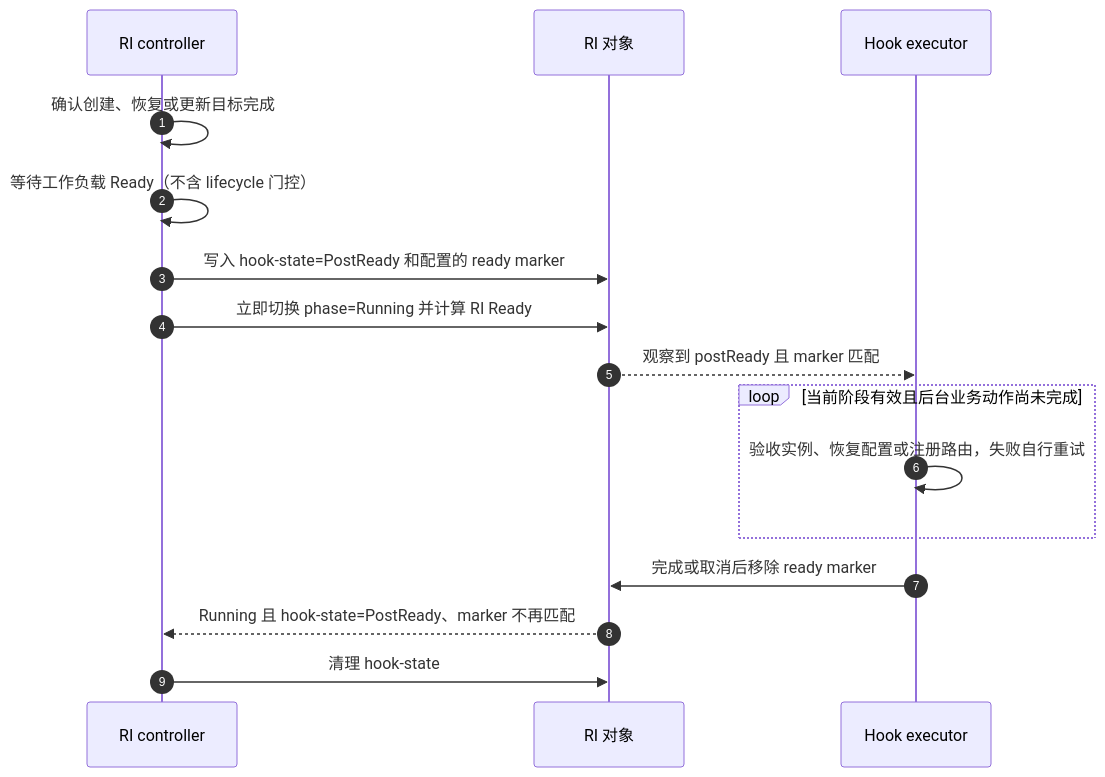
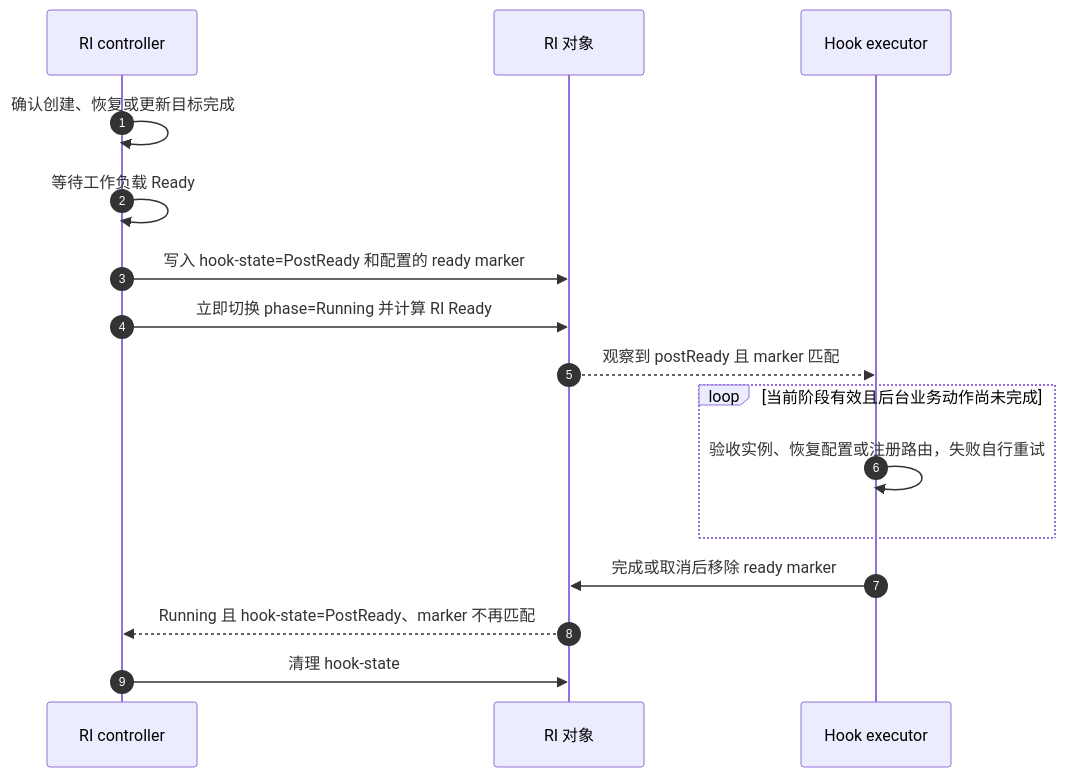
Before and after one commit to sgl-project/rbg: the third of 4 diagrams in keps/527-roleinstance-lifecycle/README.zh-CN.md, drawn with Mermaid. The commit also changed other lines of this file and 1 other file, not shown here.

Commit message:
docs: remove markNotReady and readiness gating from KEP-527

````diff
--- a/keps/527-roleinstance-lifecycle/README.zh-CN.md
+++ b/keps/527-roleinstance-lifecycle/README.zh-CN.md
@@ -481,18 +452,18 @@
 ```mermaid
 sequenceDiagram
     autonumber
     participant C as RI controller
     participant R as RI 对象
     participant E as Hook executor
     C->>C: 确认创建、恢复或更新目标完成
-    C->>C: 等待工作负载 Ready（不含 lifecycle 门控）
+    C->>C: 等待工作负载 Ready
     C->>R: 写入 hook-state=PostReady 和配置的 ready marker
     C->>R: 立即切换 phase=Running 并计算 RI Ready
     R-->>E: 观察到 postReady 且 marker 匹配
     loop 当前阶段有效且后台业务动作尚未完成
         E->>E: 验收实例、恢复配置或注册路由，失败自行重试
     end
     E->>R: 完成或取消后移除 ready marker
     R-->>C: Running 且 hook-state=PostReady、marker 不再匹配
     C->>R: 清理 hook-state
 ```
````
